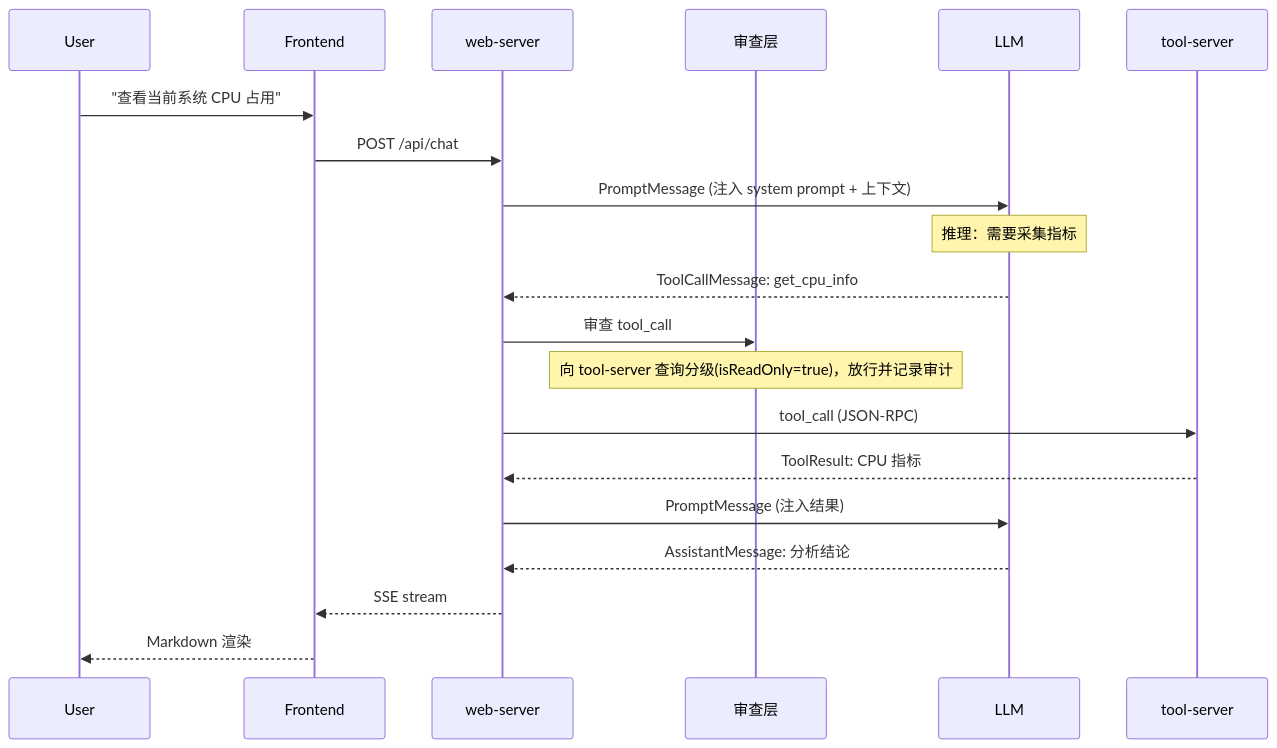
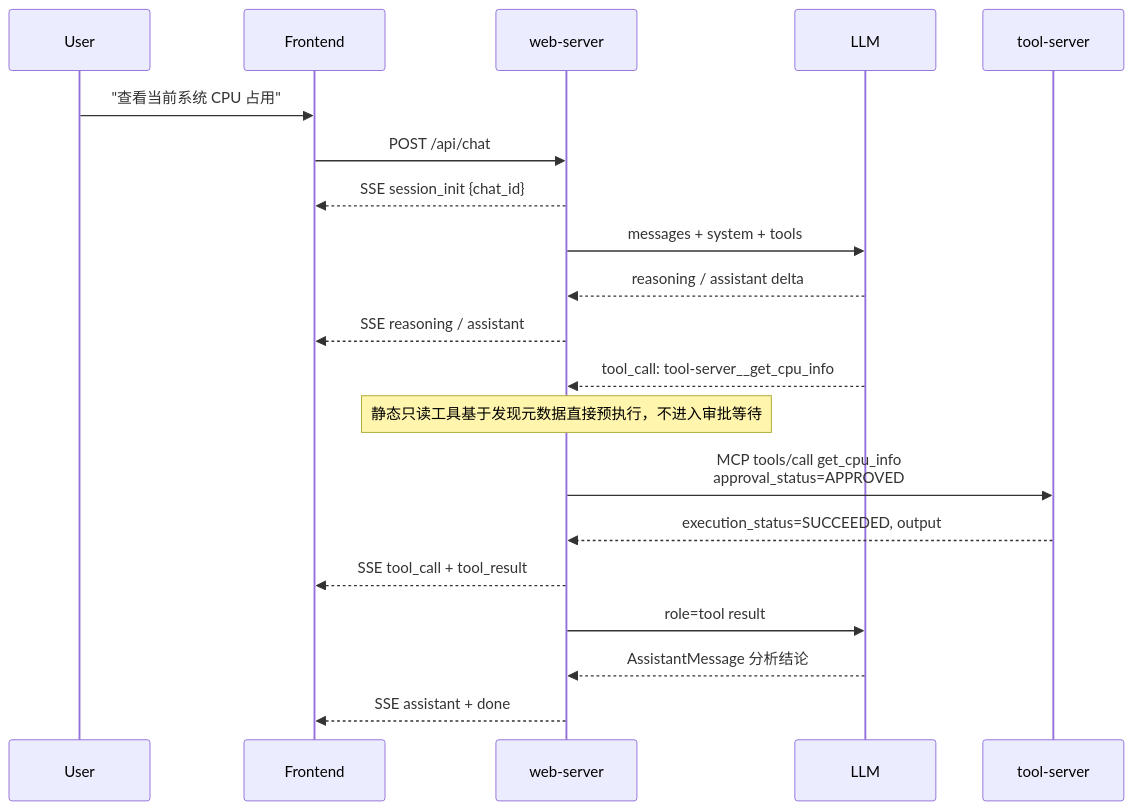
One commit to nazzeDe/alascup-agent changed the first of 4 diagrams in docs/详细设计.md. Above: the diagram before and after it, drawn with Mermaid. The commit also changed other lines of this file and 21 other files, not shown here.

````diff
--- a/docs/详细设计.md
+++ b/docs/详细设计.md
@@ -19,23 +18,23 @@
 ```mermaid
 sequenceDiagram
     participant user as User
     participant front as Frontend
     participant web as web-server
-    participant sec as 审查层
     participant llm as LLM
     participant tool as tool-server
 
     user->>front: "查看当前系统 CPU 占用"
     front->>web: POST /api/chat
-    web->>llm: PromptMessage (注入 system prompt + 上下文)
-    Note over llm: 推理：需要采集指标
-    llm-->>web: ToolCallMessage: get_cpu_info
-    web->>sec: 审查 tool_call
-    Note over sec: 向 tool-server 查询分级(isReadOnly=true)，放行并记录审计
-    web->>tool: tool_call (JSON-RPC)
-    tool-->>web: ToolResult: CPU 指标
-    web->>llm: PromptMessage (注入结果)
-    llm-->>web: AssistantMessage: 分析结论
-    web-->>front: SSE stream
-    front-->>user: Markdown 渲染
+    web-->>front: SSE session_init {chat_id}
+    web->>llm: messages + system + tools
+    llm-->>web: reasoning / assistant delta
+    web-->>front: SSE reasoning / assistant
+    llm-->>web: tool_call: tool-server__get_cpu_info
+    Note over web: 静态只读工具基于发现元数据直接预执行，不进入审批等待
+    web->>tool: MCP tools/call get_cpu_info<br/>approval_status=APPROVED
+    tool-->>web: execution_status=SUCCEEDED, output
+    web-->>front: SSE tool_call + tool_result
+    web->>llm: role=tool result
+    llm-->>web: AssistantMessage 分析结论
+    web-->>front: SSE assistant + done
 ```
````
